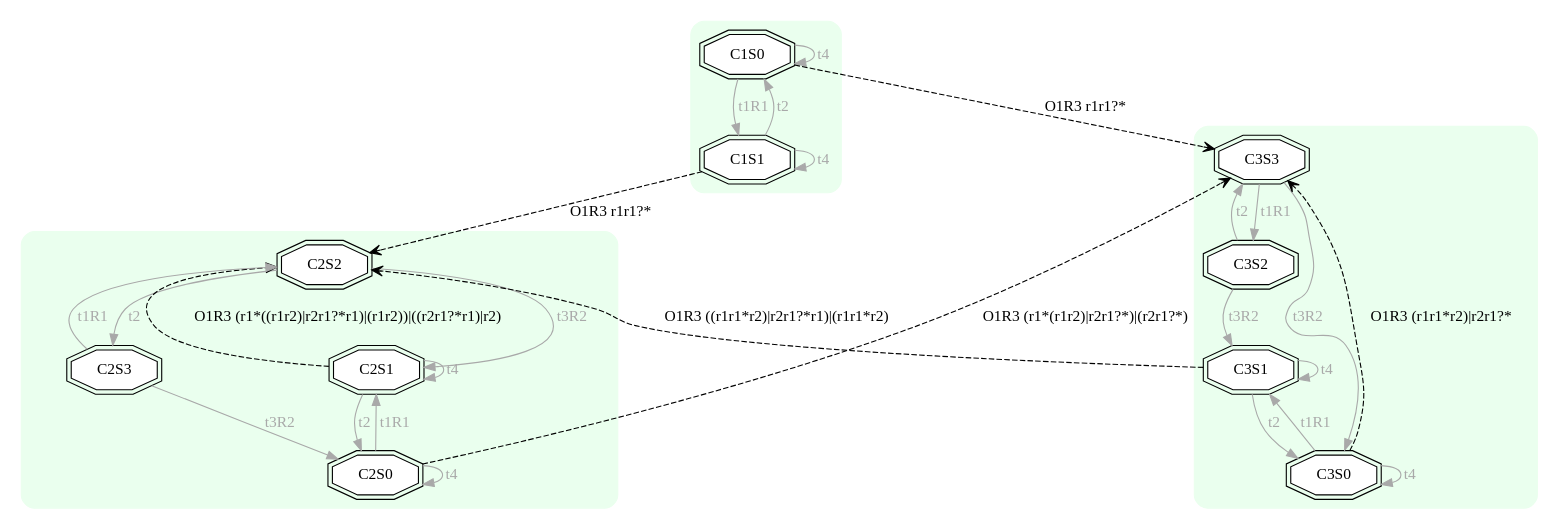
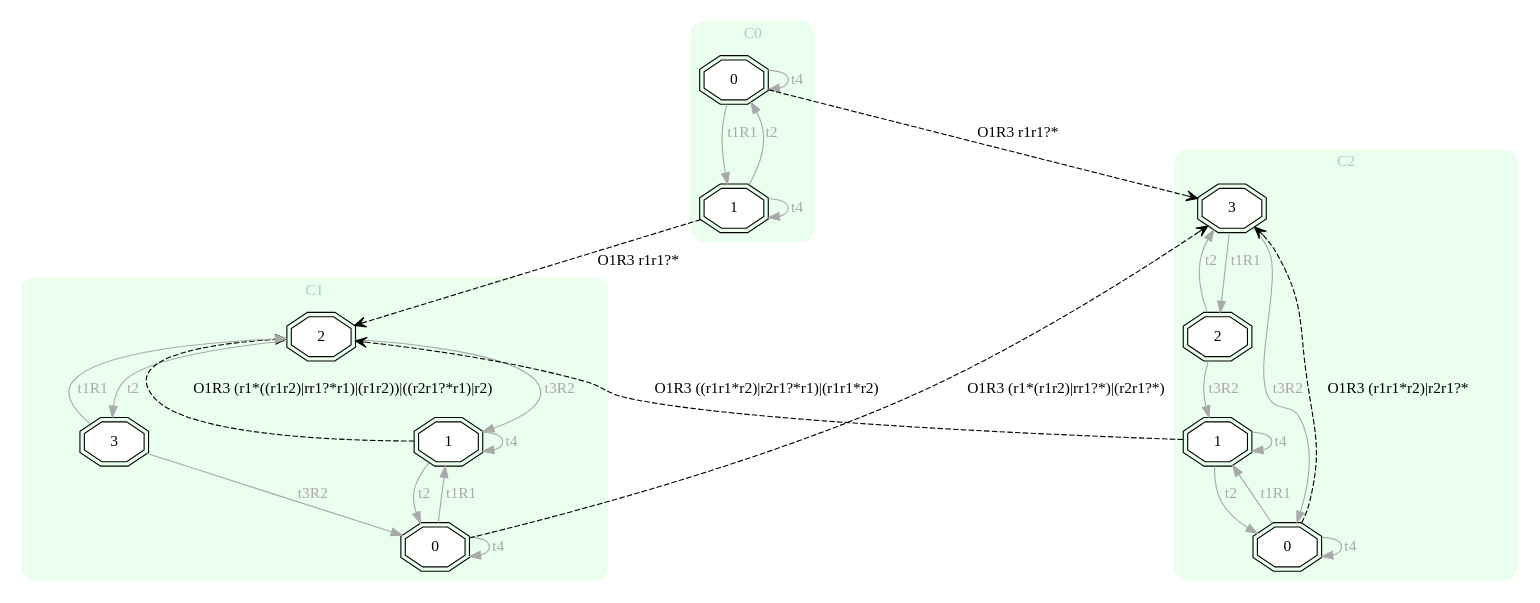
One commit to Stefano-BS/Explanatory-Diagnosis changed the diagram in input/r_EXP.dot. Above: the diagram before and after it, drawn with Graphviz. The commit also changed 17 other files, not shown here.

```diff
--- a/input/r_EXP.dot
+++ b/input/r_EXP.dot
@@ -1,51 +1,51 @@
 digraph "EXPinput/r" {
 node [style=filled fillcolor=white]
+subgraph cluster0 {
+style="rounded,filled" label="C0" fontcolor="#B2CCBB" color="#EAFFEE"
+edge[color=darkgray fontcolor=darkgray]
+node [shape=doubleoctagon]; C0S0 [label=0];
+node [shape=doubleoctagon]; C0S1 [label=1];
+C0S0 -> C0S1 [label=t1R1]
+C0S0 -> C0S0 [label=t4]
+C0S1 -> C0S0 [label=t2]
+C0S1 -> C0S1 [label=t4]
+}
 subgraph cluster1 {
-style="rounded,filled" color="#EAFFEE"
+style="rounded,filled" label="C1" fontcolor="#B2CCBB" color="#EAFFEE"
 edge[color=darkgray fontcolor=darkgray]
-node [shape=doubleoctagon]; C1S0 ;
-node [shape=doubleoctagon]; C1S1 ;
+node [shape=doubleoctagon]; C1S2 [label=2];
+node [shape=doubleoctagon]; C1S1 [label=1];
+node [shape=doubleoctagon]; C1S0 [label=0];
+node [shape=doubleoctagon]; C1S3 [label=3];
+C1S2 -> C1S3 [label=t2]
+C1S2 -> C1S1 [label=t3R2]
+C1S1 -> C1S0 [label=t2]
+C1S1 -> C1S1 [label=t4]
 C1S0 -> C1S1 [label=t1R1]
 C1S0 -> C1S0 [label=t4]
-C1S1 -> C1S0 [label=t2]
-C1S1 -> C1S1 [label=t4]
+C1S3 -> C1S2 [label=t1R1]
+C1S3 -> C1S0 [label=t3R2]
 }
 subgraph cluster2 {
-style="rounded,filled" color="#EAFFEE"
+style="rounded,filled" label="C2" fontcolor="#B2CCBB" color="#EAFFEE"
 edge[color=darkgray fontcolor=darkgray]
-node [shape=doubleoctagon]; C2S2 ;
-node [shape=doubleoctagon]; C2S1 ;
-node [shape=doubleoctagon]; C2S0 ;
-node [shape=doubleoctagon]; C2S3 ;
+node [shape=doubleoctagon]; C2S3 [label=3];
+node [shape=doubleoctagon]; C2S1 [label=1];
+node [shape=doubleoctagon]; C2S2 [label=2];
+node [shape=doubleoctagon]; C2S0 [label=0];
+C2S3 -> C2S2 [label=t1R1]
+C2S3 -> C2S0 [label=t3R2]
+C2S1 -> C2S0 [label=t2]
+C2S1 -> C2S1 [label=t4]
 C2S2 -> C2S3 [label=t2]
 C2S2 -> C2S1 [label=t3R2]
-C2S1 -> C2S0 [label=t2]
-C2S1 -> C2S1 [label=t4]
 C2S0 -> C2S1 [label=t1R1]
 C2S0 -> C2S0 [label=t4]
-C2S3 -> C2S2 [label=t1R1]
-C2S3 -> C2S0 [label=t3R2]
 }
-subgraph cluster3 {
-style="rounded,filled" color="#EAFFEE"
-edge[color=darkgray fontcolor=darkgray]
-node [shape=doubleoctagon]; C3S3 ;
-node [shape=doubleoctagon]; C3S1 ;
-node [shape=doubleoctagon]; C3S2 ;
-node [shape=doubleoctagon]; C3S0 ;
-C3S3 -> C3S2 [label=t1R1]
-C3S3 -> C3S0 [label=t3R2]
-C3S1 -> C3S0 [label=t2]
-C3S1 -> C3S1 [label=t4]
-C3S2 -> C3S3 [label=t2]
-C3S2 -> C3S1 [label=t3R2]
-C3S0 -> C3S1 [label=t1R1]
-C3S0 -> C3S0 [label=t4]
+C0S0 -> C2S3 [style=dashed arrowhead=vee label="O1R3 r1r1?*"]
+C0S1 -> C1S2 [style=dashed arrowhead=vee label="O1R3 r1r1?*"]
+C1S1 -> C1S2 [style=dashed arrowhead=vee label="O1R3 (r1*((r1r2)|rr1?*r1)|(r1r2))|((r2r1?*r1)|r2)"]
+C1S0 -> C2S3 [style=dashed arrowhead=vee label="O1R3 (r1*(r1r2)|rr1?*)|(r2r1?*)"]
+C2S0 -> C2S3 [style=dashed arrowhead=vee label="O1R3 (r1r1*r2)|r2r1?*"]
+C2S1 -> C1S2 [style=dashed arrowhead=vee label="O1R3 ((r1r1*r2)|r2r1?*r1)|(r1r1*r2)"]
 }
-C1S0 -> C3S3 [style=dashed arrowhead=vee label="O1R3 r1r1?*"]
-C1S1 -> C2S2 [style=dashed arrowhead=vee label="O1R3 r1r1?*"]
-C2S1 -> C2S2 [style=dashed arrowhead=vee label="O1R3 (r1*((r1r2)|r2r1?*r1)|(r1r2))|((r2r1?*r1)|r2)"]
-C2S0 -> C3S3 [style=dashed arrowhead=vee label="O1R3 (r1*(r1r2)|r2r1?*)|(r2r1?*)"]
-C3S0 -> C3S3 [style=dashed arrowhead=vee label="O1R3 (r1r1*r2)|r2r1?*"]
-C3S1 -> C2S2 [style=dashed arrowhead=vee label="O1R3 ((r1r1*r2)|r2r1?*r1)|(r1r1*r2)"]
-}
```
